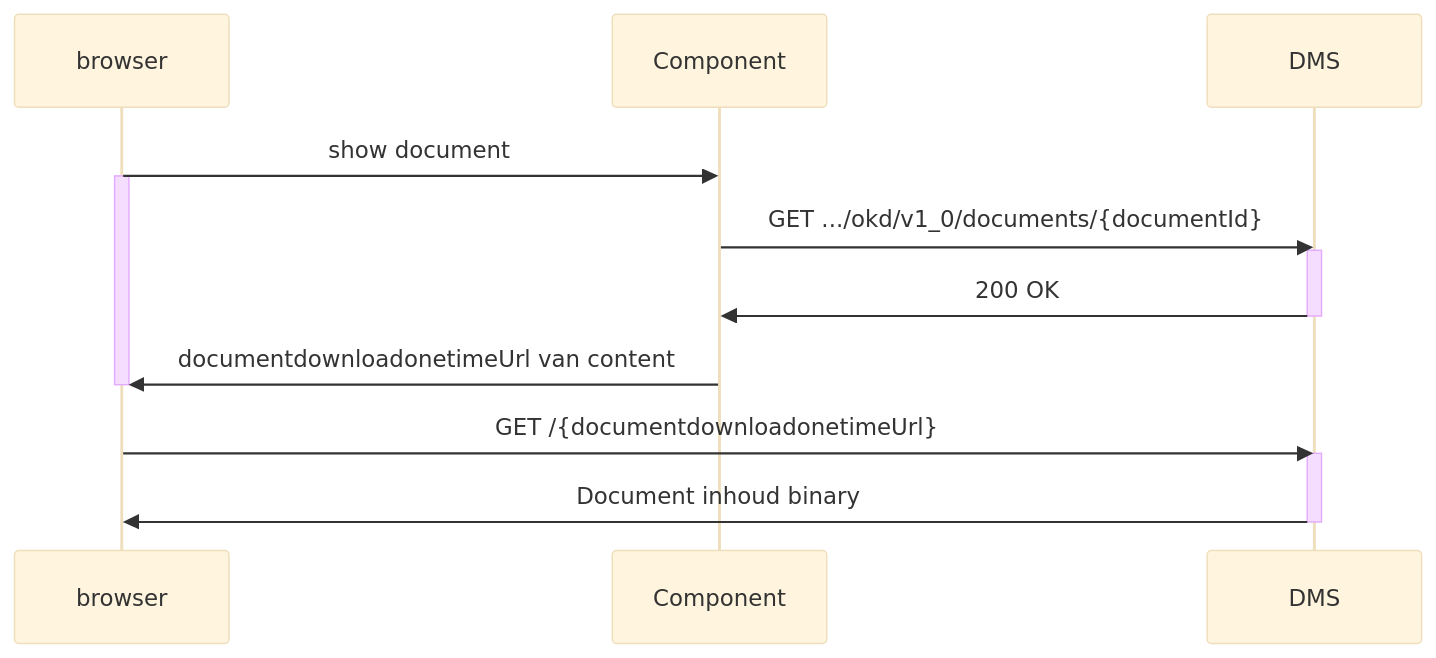
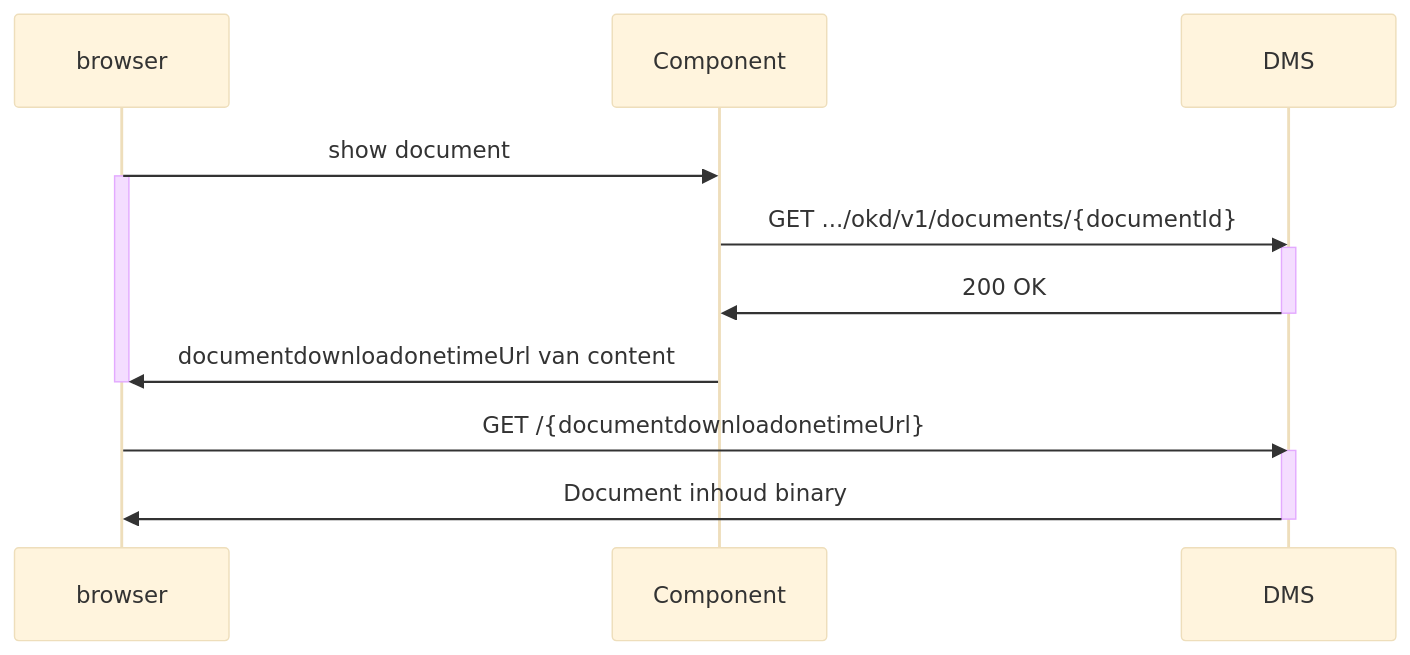
The second of 2 diagrams in doc/flow-x.md (Onderwijs-Koppelingen-OKx/OKD-Document-Management), drawn with Mermaid (base theme) before and after one commit. The commit also changed other lines of this file, not shown here.

Commit message:
Rename v1_0 to v1 for flow-x

````diff
--- a/doc/flow-x.md
+++ b/doc/flow-x.md
@@ -42,18 +42,18 @@
 ```mermaid
 sequenceDiagram
     participant browser
     participant Component
     participant DMS
     browser ->> Component: show document
     activate browser
-    Component->>DMS: GET .../okd/v1_0/documents/{documentId}
+    Component->>DMS: GET .../okd/v1/documents/{documentId}
     activate DMS
     DMS->>Component: 200 OK
     deactivate DMS
     Component ->> browser: documentdownloadonetimeUrl van content
     deactivate browser
     browser->>DMS: GET /{documentdownloadonetimeUrl}
     activate DMS
     DMS->>browser: Document inhoud binary
     deactivate DMS
 ```
````
